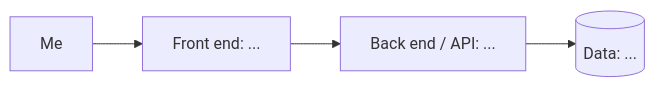
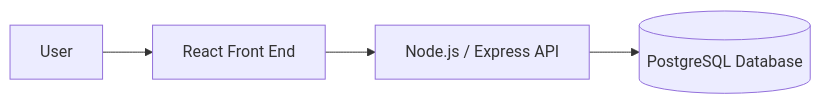
One commit to onleetosh/aim changed the diagram in README.md. Above: the diagram before and after it, drawn with Mermaid. The commit also changed other lines of this file, not shown here.

````diff
--- a/README.md
+++ b/README.md
@@ -116,6 +145,7 @@
 ```mermaid
 flowchart LR
-  U["Me"] --> FE["Front end: ..."]
-  FE --> API["Back end / API: ..."]
-  API --> DB[("Data: ...")]
+    U["User"] --> FE["React Front End"]
+    FE --> API["Node.js / Express API"]
+    API --> DB[("PostgreSQL Database")]
+
 ```
````
